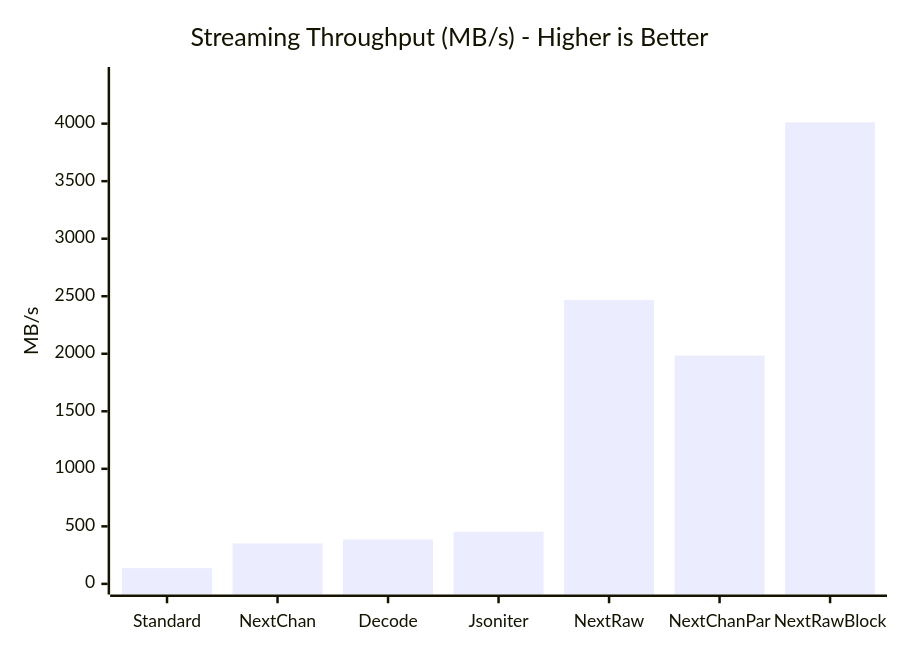
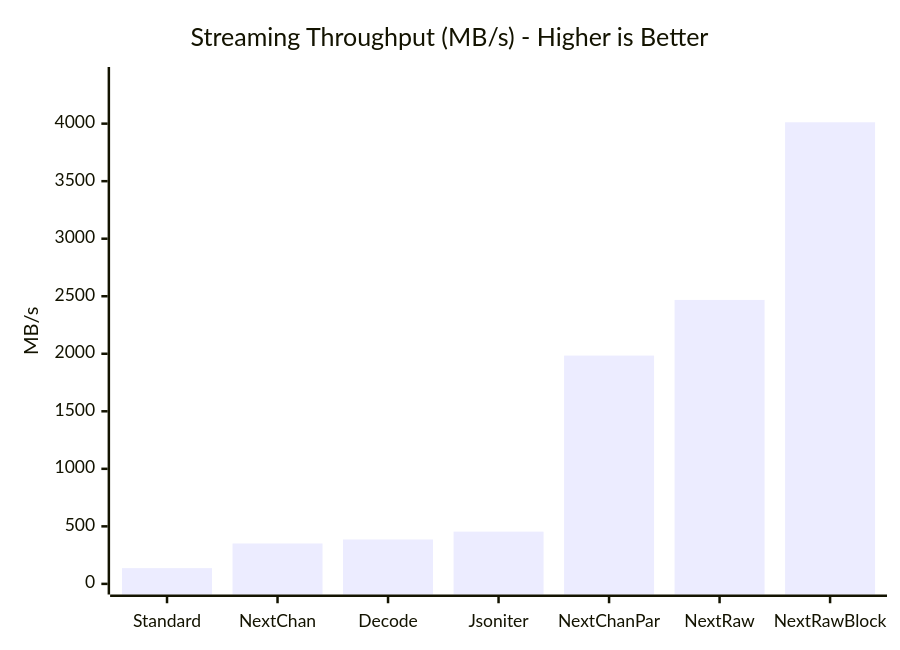
One commit to GenshIv/silentjson changed the third of 5 diagrams in README.md. Above: the diagram before and after it, drawn with Mermaid. The commit also changed other lines of this file, not shown here.

````diff
--- a/README.md
+++ b/README.md
@@ -183,7 +191,7 @@
 ```mermaid
 xychart-beta
     title "Streaming Throughput (MB/s) - Higher is Better"
-    x-axis ["Standard", "NextChan", "Decode", "Jsoniter", "NextRaw", "NextChanPar", "NextRawBlock"]
+    x-axis ["Standard", "NextChan", "Decode", "Jsoniter", "NextChanPar", "NextRaw", "NextRawBlock"]
     y-axis "MB/s" 0 --> 4400
-    bar [137, 351, 386, 454, 2468, 1984, 4012]
+    bar [137, 351, 386, 454, 1984, 2468, 4012]
 ```
````
